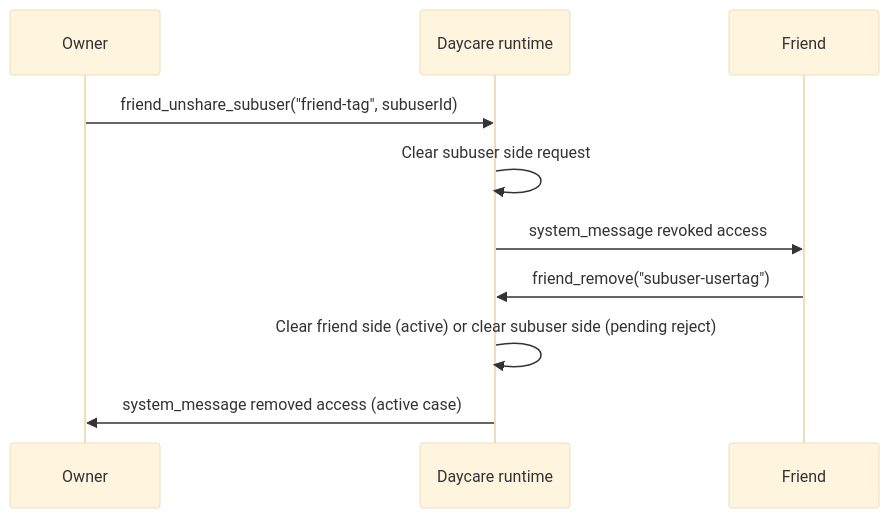
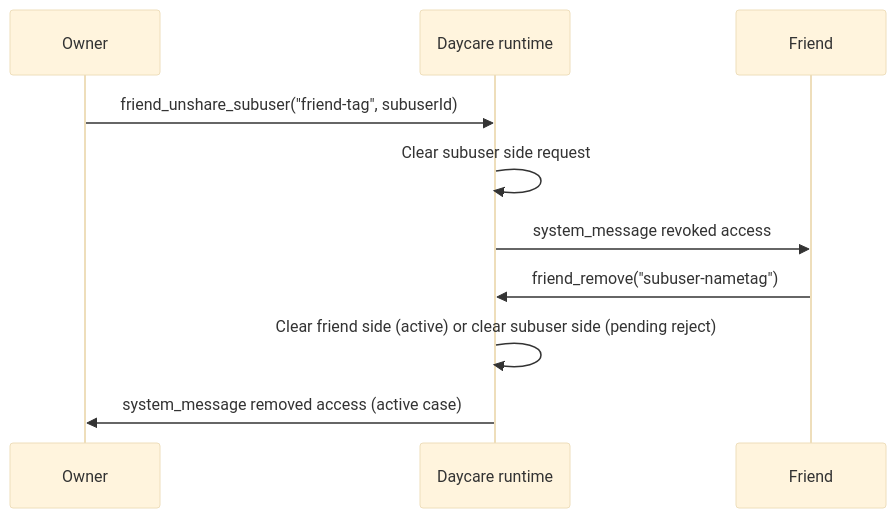
The fifth of 5 diagrams in doc/friends.md (ex3ndr/daycare), drawn with Mermaid (base theme) before and after one commit. The commit also changed other lines of this file and 34 other files, not shown here.

First line of the commit message:
refactor(friends): rename usertag to nametag across codebase

````diff
--- a/doc/friends.md
+++ b/doc/friends.md
@@ -107,14 +107,14 @@
 ```mermaid
 sequenceDiagram
     participant O as Owner
     participant S as Daycare runtime
     participant F as Friend
 
     O->>S: friend_unshare_subuser("friend-tag", subuserId)
     S->>S: Clear subuser side request
     S->>F: system_message revoked access
 
-    F->>S: friend_remove("subuser-usertag")
+    F->>S: friend_remove("subuser-nametag")
     S->>S: Clear friend side (active) or clear subuser side (pending reject)
     S->>O: system_message removed access (active case)
 ```
````
